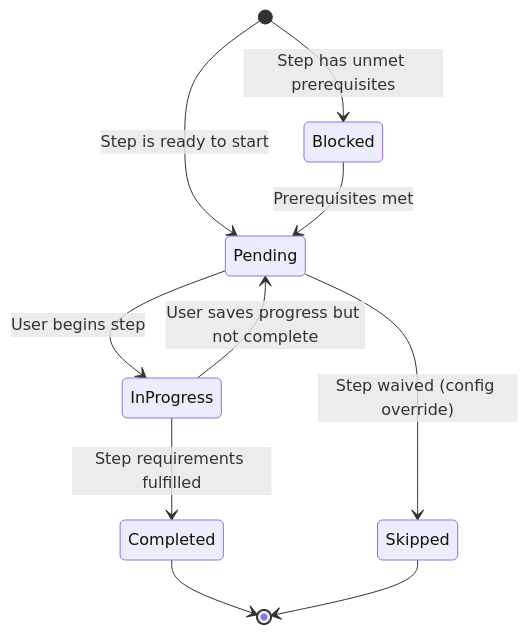
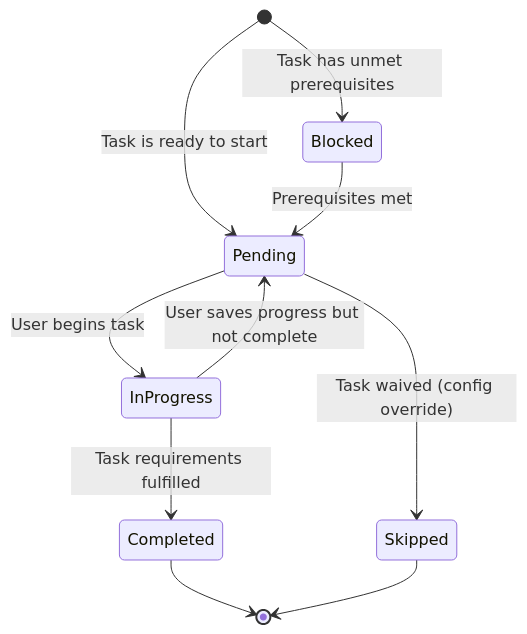
One commit to chanatan-sri/TurboProduct changed the fourth of 4 diagrams in product/insurance/onepiece/capabilities/application-management/CAPABILITY.md. Above: the diagram before and after it, drawn with Mermaid. The commit also changed other lines of this file and 7 other files, not shown here.

````diff
--- a/product/insurance/onepiece/capabilities/application-management/CAPABILITY.md
+++ b/product/insurance/onepiece/capabilities/application-management/CAPABILITY.md
@@ -117,12 +211,12 @@
 ```mermaid
 stateDiagram-v2
-    [*] --> Blocked : Step has unmet prerequisites
-    [*] --> Pending : Step is ready to start
+    [*] --> Blocked : Task has unmet prerequisites
+    [*] --> Pending : Task is ready to start
     Blocked --> Pending : Prerequisites met
-    Pending --> InProgress : User begins step
-    InProgress --> Completed : Step requirements fulfilled
+    Pending --> InProgress : User begins task
+    InProgress --> Completed : Task requirements fulfilled
     InProgress --> Pending : User saves progress but not complete
-    Pending --> Skipped : Step waived (config override)
+    Pending --> Skipped : Task waived (config override)
     Completed --> [*]
     Skipped --> [*]
 ```
````
